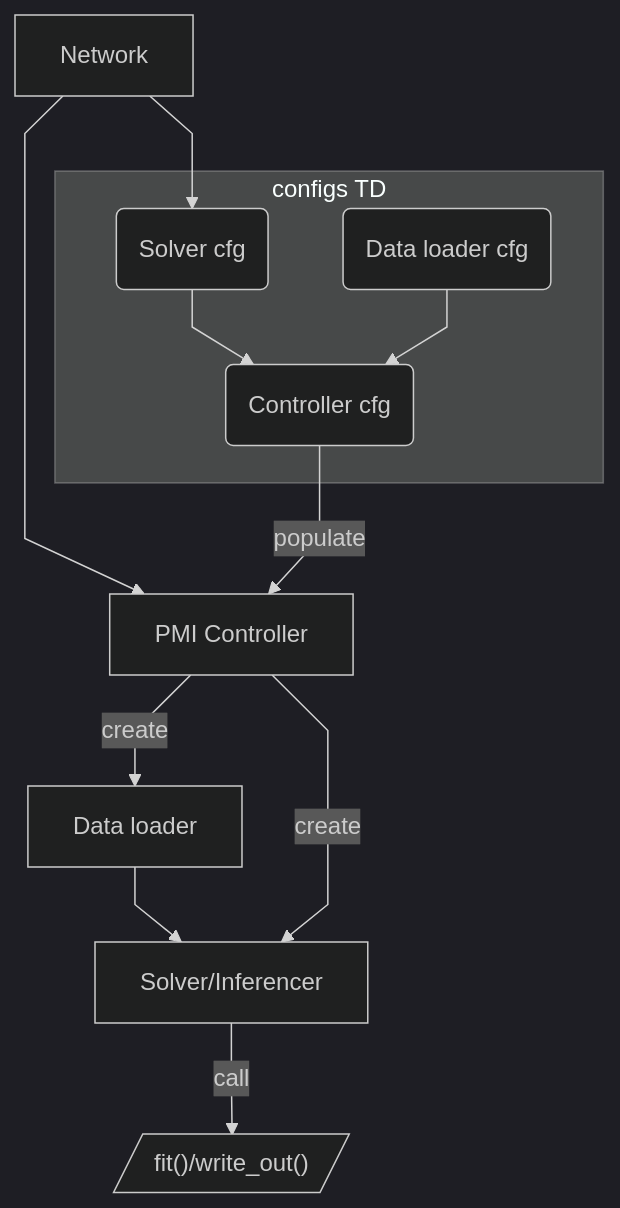
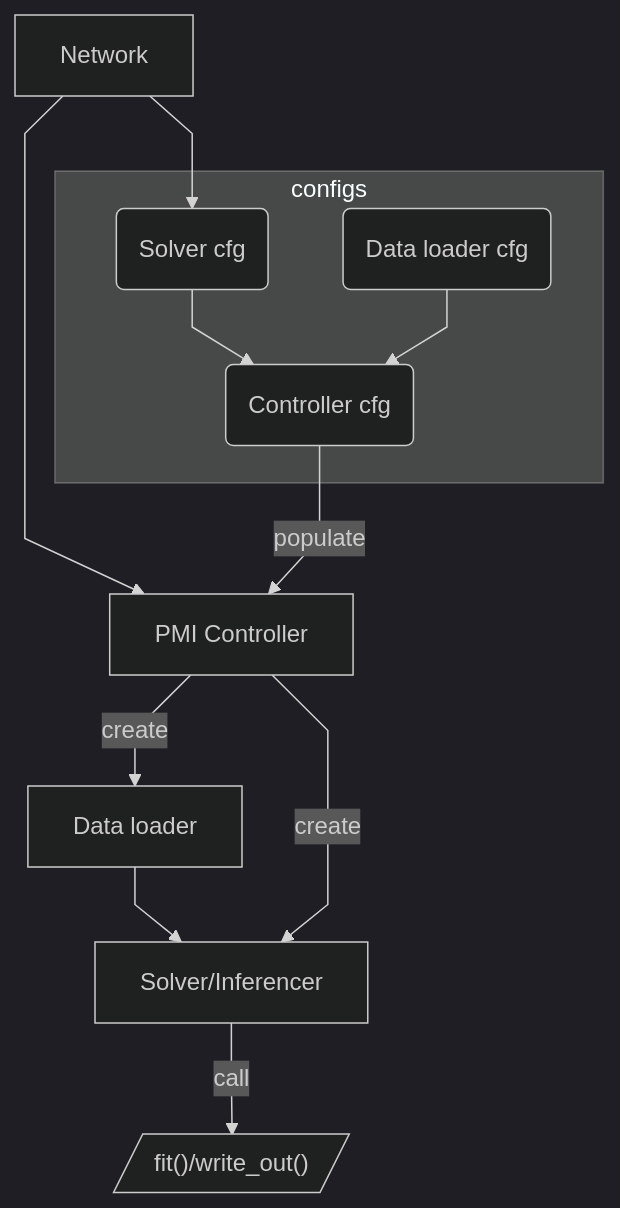
One commit to ml-w/pytorch_medical_imaging changed the third of 3 diagrams in README.md. Above: the diagram before and after it, drawn with Mermaid. The commit also changed 10 other files, not shown here.

````diff
--- a/README.md
+++ b/README.md
@@ -114,16 +114,16 @@
 ```mermaid
 %%{ init : { "theme" : "dark", "flowchart" : { "curve" : "linear"}}}%%
 flowchart TD
-	subgraph configs TD
+	subgraph configs
 		sc(Solver cfg)
 		lc(Data loader cfg)
 		sc & lc --> pmic(Controller cfg)
 	end
 	N[Network] --> sc
         N --> B
 	pmic --> |populate|B[PMI Controller]
 	B --> |create|dl[Data loader] --> Solver["Solver/Inferencer"]
 	B --> |create|Solver
 	Solver --> |call|fit[/"fit()/write_out()"/]
 
 ```
````
